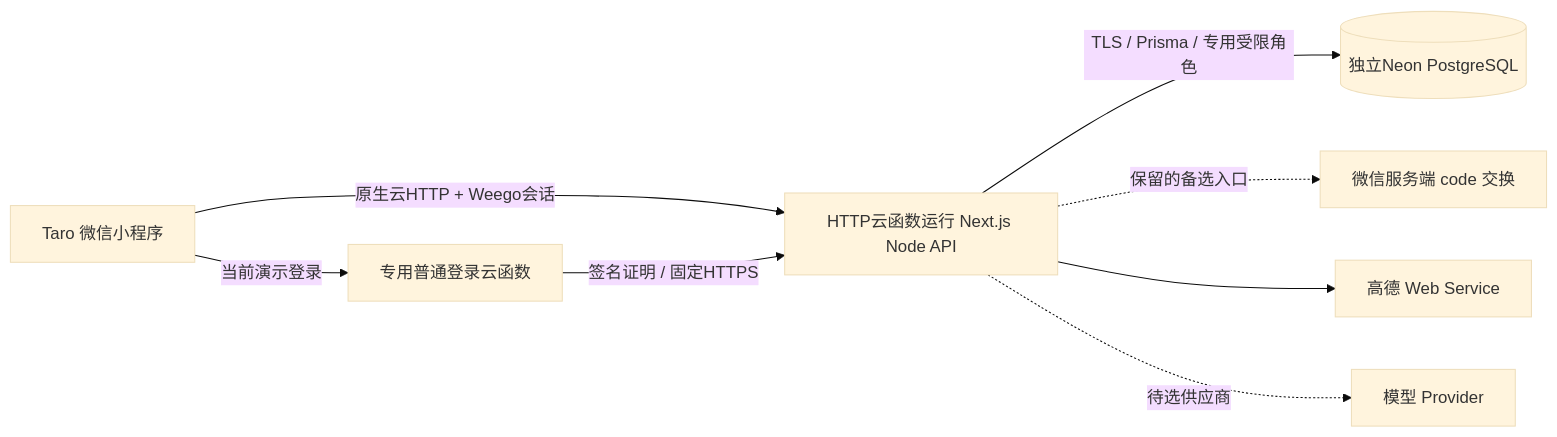
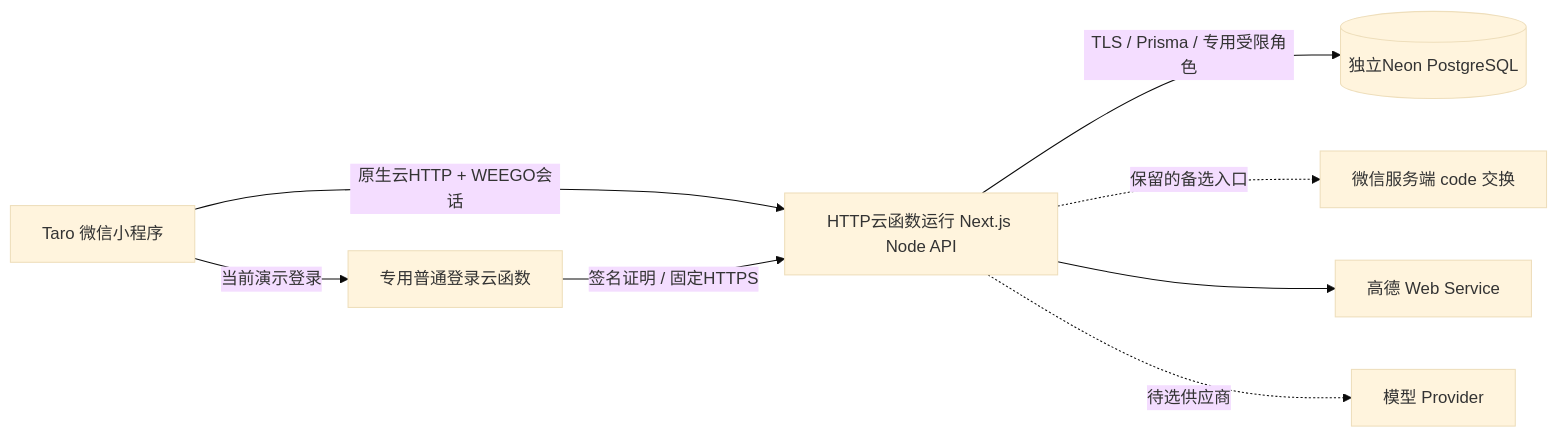
Before and after one commit to xuannian-123/WeeVibe: the diagram in docs/team/architecture.md, drawn with Mermaid (base theme). The commit also changed other lines of this file and 12 other files, not shown here.

````diff
--- a/docs/team/architecture.md
+++ b/docs/team/architecture.md
@@ -5,10 +5,10 @@
 ```mermaid
 flowchart LR
-  M[Taro 微信小程序] -->|原生云HTTP + Weego会话| A[HTTP云函数运行 Next.js Node API]
+  M[Taro 微信小程序] -->|原生云HTTP + WEEGO会话| A[HTTP云函数运行 Next.js Node API]
   A -->|TLS / Prisma / 专用受限角色| P[(独立Neon PostgreSQL)]
   A -.保留的备选入口.-> W[微信服务端 code 交换]
   M -->|当前演示登录| C[专用普通登录云函数]
   C -->|签名证明 / 固定HTTPS| A
   A --> G[高德 Web Service]
   A -.待选供应商.-> L[模型 Provider]
 ```
````
